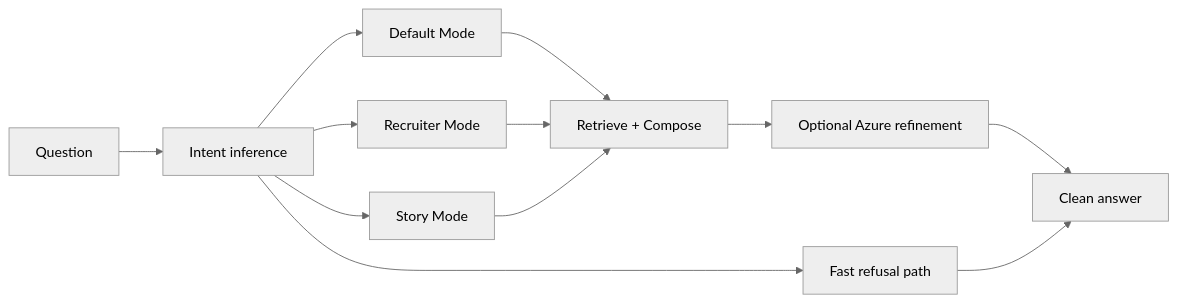
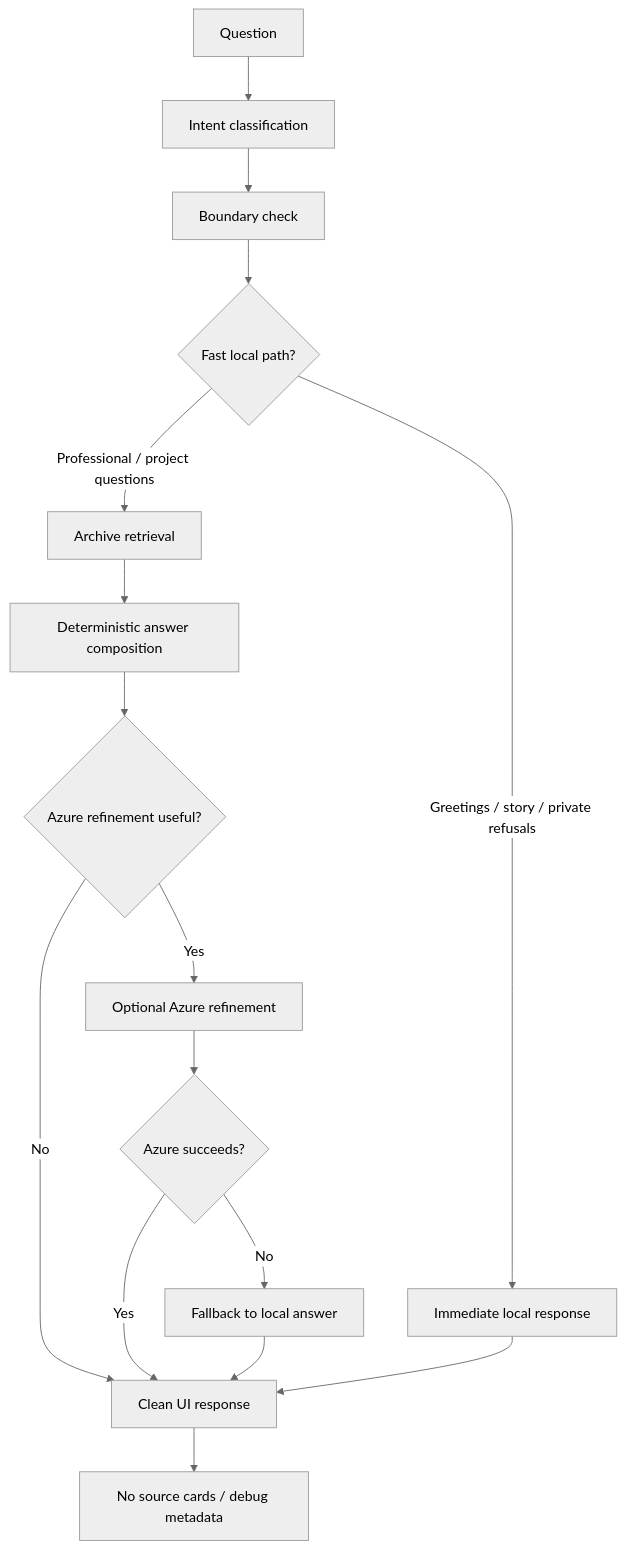
One commit to RPK2103/the-build-archive-showcase changed the diagram in docs/ai-system.md. Above: the diagram before and after it, drawn with Mermaid (neutral theme). The commit also changed other lines of this file and 7 other files, not shown here.

````diff
--- a/docs/ai-system.md
+++ b/docs/ai-system.md
@@ -116,14 +26,18 @@
 ```mermaid
-flowchart LR
-    A[Question] --> B[Intent inference]
-    B --> C[Default Mode]
-    B --> D[Recruiter Mode]
-    B --> E[Story Mode]
-    B --> F[Fast refusal path]
-    C --> G[Retrieve + Compose]
-    D --> G
-    E --> G
-    G --> H[Optional Azure refinement]
-    H --> I[Clean answer]
-    F --> I
+flowchart TD
+  Q[Question] --> I[Intent classification]
+  I --> B[Boundary check]
+  B --> F{Fast local path?}
+  F -->|Greetings / story / private refusals| L[Immediate local response]
+  F -->|Professional / project questions| R[Archive retrieval]
+  R --> C[Deterministic answer composition]
+  C --> A{Azure refinement useful?}
+  A -->|Yes| AZ[Optional Azure refinement]
+  A -->|No| U[Clean UI response]
+  AZ --> OK{Azure succeeds?}
+  OK -->|Yes| U
+  OK -->|No| FB[Fallback to local answer]
+  FB --> U
+  L --> U
+  U --> X[No source cards / debug metadata]
 ```
````
